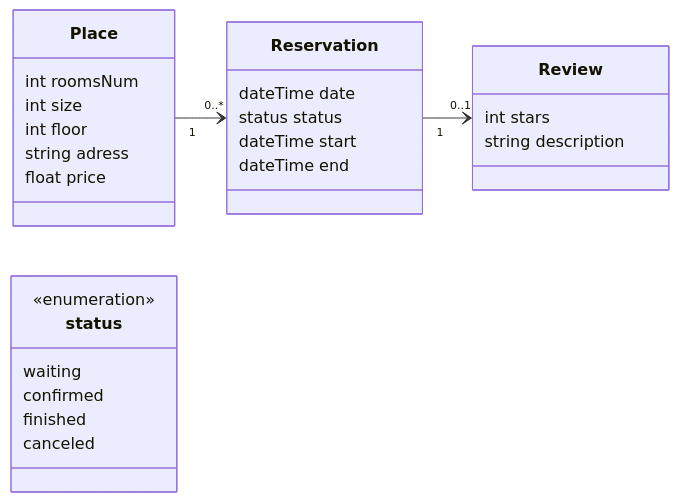
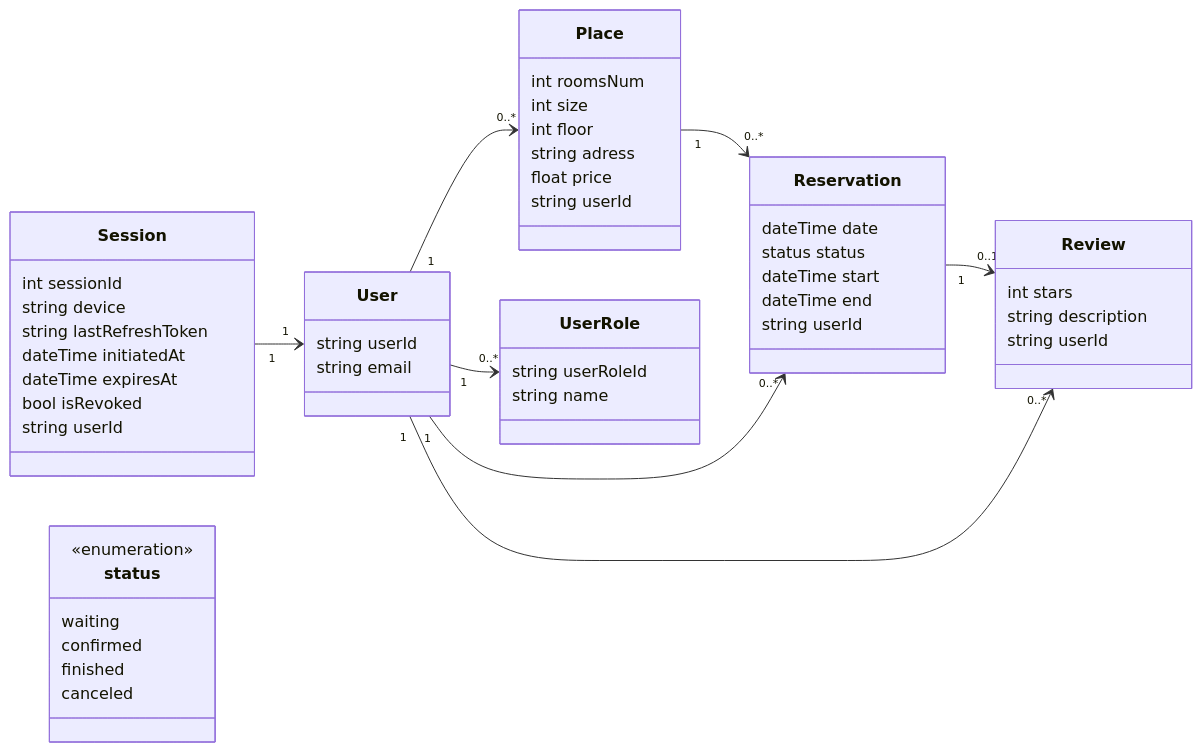
Before and after one commit to Karolinskis/Property-management: the diagram in README.md, drawn with Mermaid.

````diff
--- a/README.md
+++ b/README.md
@@ -71,30 +71,56 @@
 ```mermaid
 classDiagram
+flowchart-elk
 direction LR
-Place "1" --> "0..*" Reservation
-Reservation "1" --> "0..1" Review
 class Place {
     int roomsNum
     int size
     int floor
     string adress
     float price
+    string userId
 }
 class Reservation {
     dateTime date
     status status
     dateTime start
     dateTime end
+    string userId
 }
+Place "1" --> "0..*" Reservation
 class Review {
     int stars
     string description
+    string userId
 }
+Reservation "1" --> "0..1" Review
+class Session {
+   int sessionId
+   string device
+   string lastRefreshToken
+   dateTime initiatedAt
+   dateTime expiresAt
+   bool isRevoked
+   string userId
+}
+class User {
+   string userId
+   string email
+}
+Session "1" --> "1" User
+User "1" --> "0..*" Place
+User "1" --> "0..*" Reservation
+User "1" --> "0..*" Review
+class UserRole {
+   string userRoleId
+   string name
+}
+User "1" --> "0..*" UserRole
 class status {
     <<enumeration>>
     waiting
     confirmed
     finished
     canceled
 }
 ```
````
